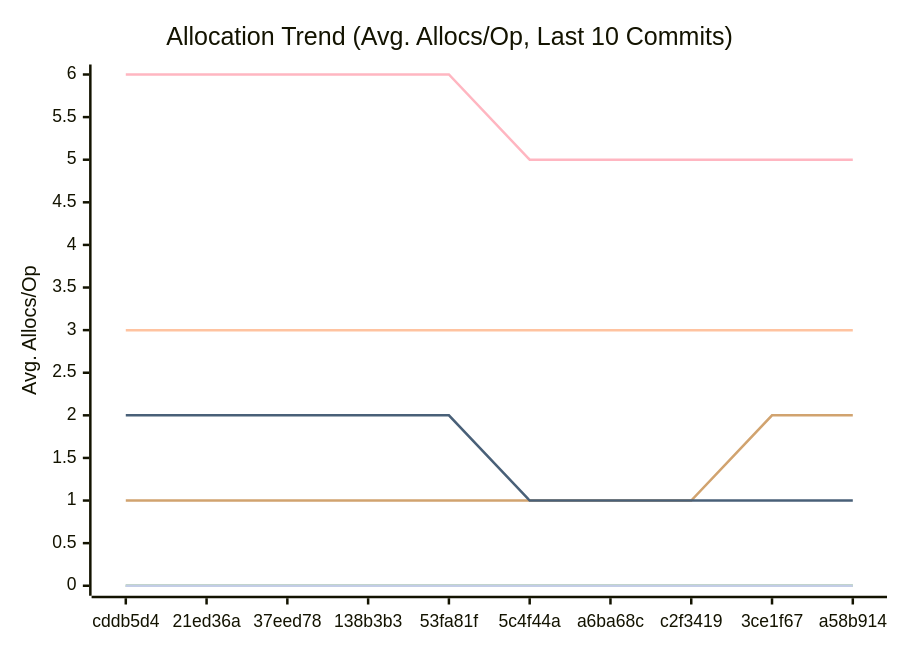
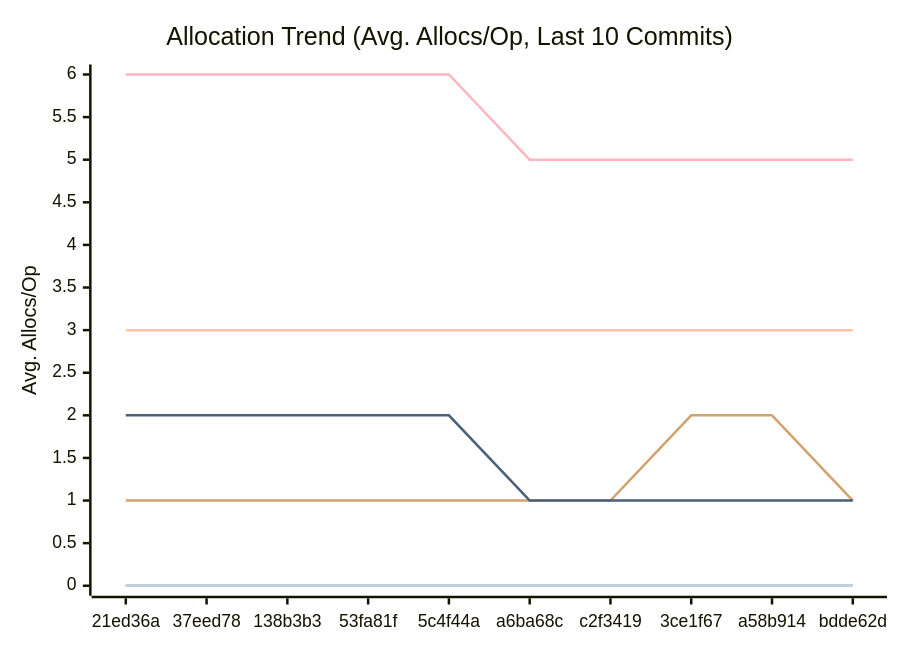
The third of 3 diagrams in docs/PERFORMANCE.md (alsotoes/momo), drawn with Mermaid before and after one commit. The commit also changed other lines of this file and 2 other files, not shown here.

````diff
--- a/docs/PERFORMANCE.md
+++ b/docs/PERFORMANCE.md
@@ -114,16 +116,16 @@
 ```mermaid
 xychart-beta
     title "Allocation Trend (Avg. Allocs/Op, Last 10 Commits)"
     x-axis "Commit"
     y-axis "Avg. Allocs/Op"
-    x-axis [cddb5d4,21ed36a,37eed78,138b3b3,53fa81f,5c4f44a,a6ba68c,c2f3419,3ce1f67,a58b914]
+    x-axis [21ed36a,37eed78,138b3b3,53fa81f,5c4f44a,a6ba68c,c2f3419,3ce1f67,a58b914,bdde62d]
     line "CheckMetricsAndSwap" [0,0,0,0,0,0,0,0,0,0]
     line "CrushOptimized" [0,0,0,0,0,0,0,0,0,0]
     line "CrushOriginal" [3,3,3,3,3,3,3,3,3,3]
     line "IndexDirectTracking" [0,0,0,0,0,0,0,0,0,0]
     line "IndexSearch" [0,0,0,0,0,0,0,0,0,0]
-    line "LoadGlobalConfig" [1,1,1,1,1,1,1,1,2,2]
+    line "LoadGlobalConfig" [1,1,1,1,1,1,1,2,2,1]
     line "PadString" [0,0,0,0,0,0,0,0,0,0]
     line "ParseReplicationOrder_NoPrealloc" [6,6,6,6,6,5,5,5,5,5]
     line "ParseReplicationOrder_Prealloc" [2,2,2,2,2,1,1,1,1,1]
 ```
````
